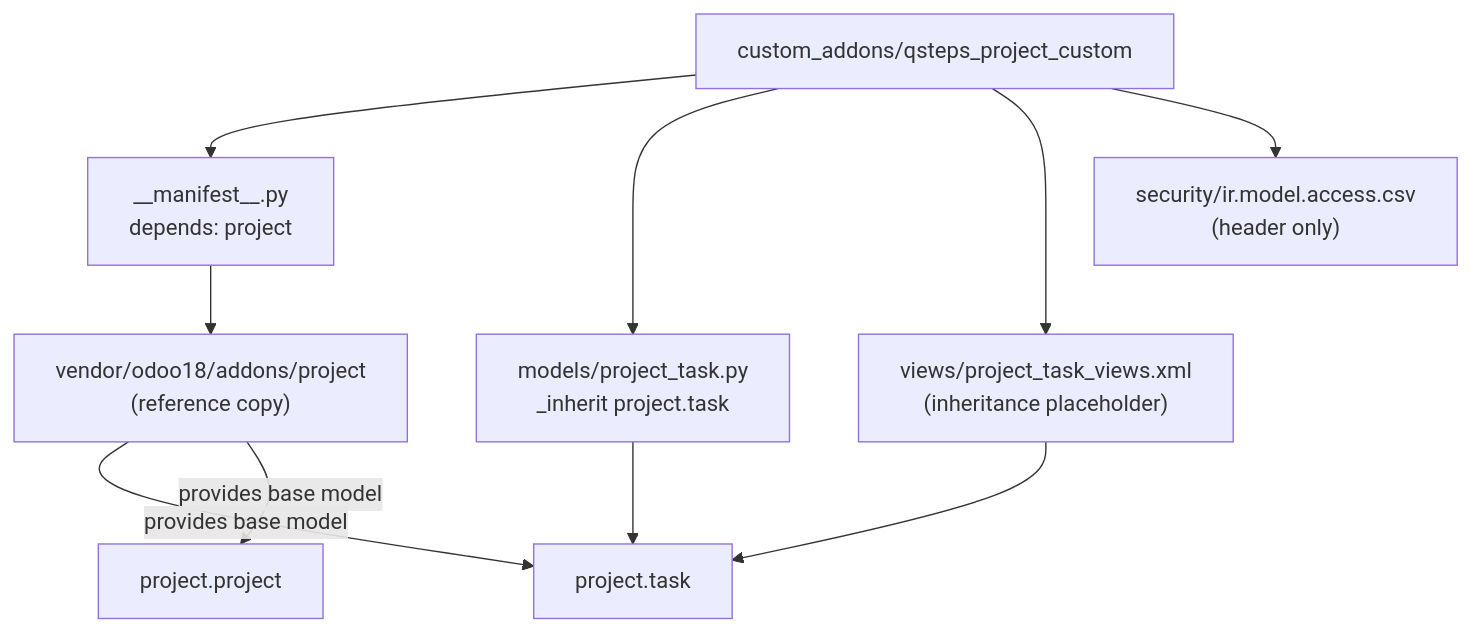
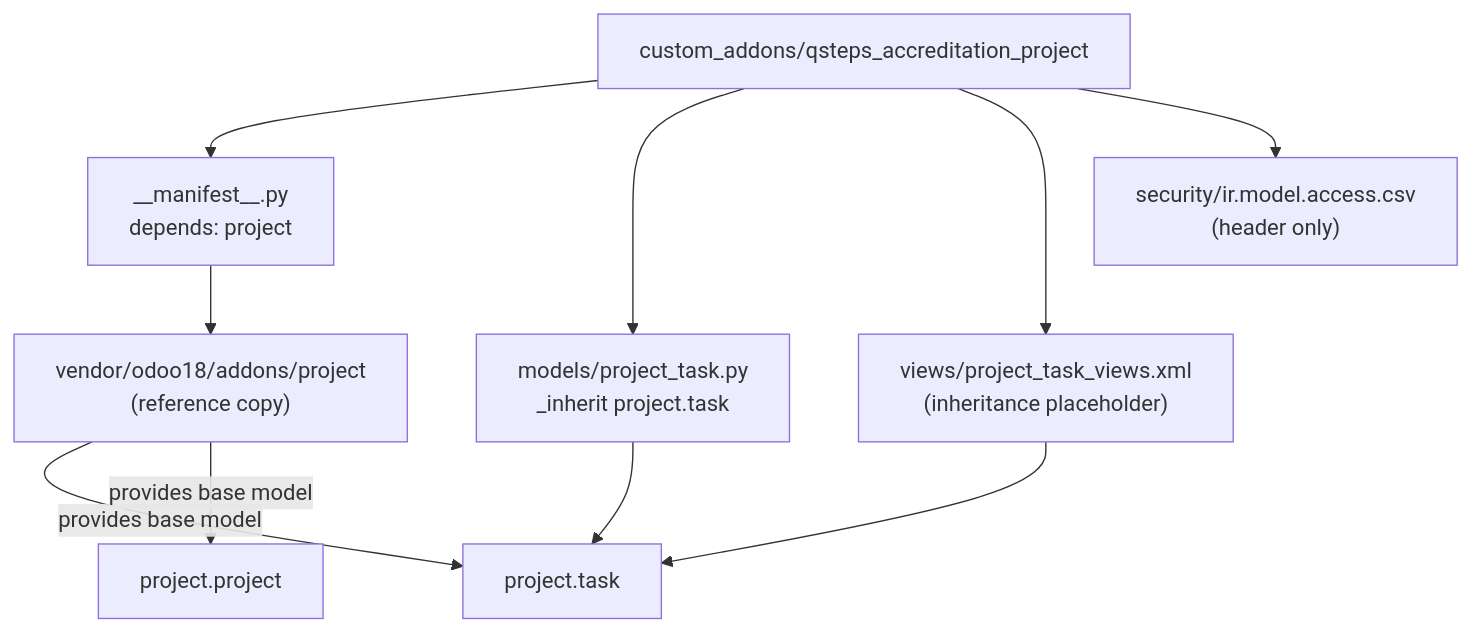
The diagram in docs/ODOO_PROJECT_MODULE_MAP.md (Qsaud/NSMO_Standrds), drawn with Mermaid before and after one commit. The commit also changed other lines of this file and 14 other files, not shown here.

Commit message:
Rename custom addon to qsteps_accreditation_project module

````diff
--- a/docs/ODOO_PROJECT_MODULE_MAP.md
+++ b/docs/ODOO_PROJECT_MODULE_MAP.md
@@ -194,14 +194,14 @@
 ```mermaid
 flowchart TD
     VendorRef["vendor/odoo18/addons/project\n(reference copy)"] -->|provides base model| ProjectTask["project.task"]
     VendorRef -->|provides base model| ProjectProject["project.project"]
 
-    CustomAddon["custom_addons/qsteps_project_custom"] --> Manifest["__manifest__.py\ndepends: project"]
+    CustomAddon["custom_addons/qsteps_accreditation_project"] --> Manifest["__manifest__.py\ndepends: project"]
     CustomAddon --> TaskPy["models/project_task.py\n_inherit project.task"]
     CustomAddon --> TaskViewXml["views/project_task_views.xml\n(inheritance placeholder)"]
     CustomAddon --> SecCsv["security/ir.model.access.csv\n(header only)"]
 
     Manifest --> VendorRef
     TaskPy --> ProjectTask
     TaskViewXml --> ProjectTask
 ```
````
